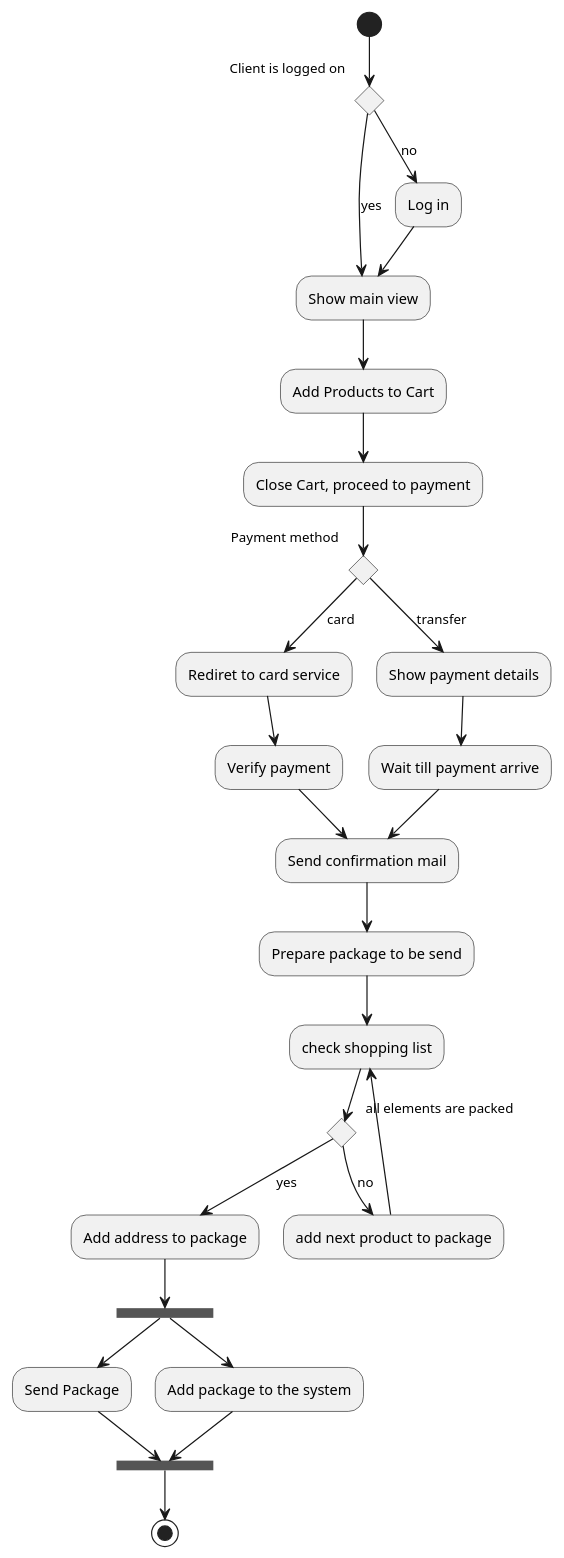
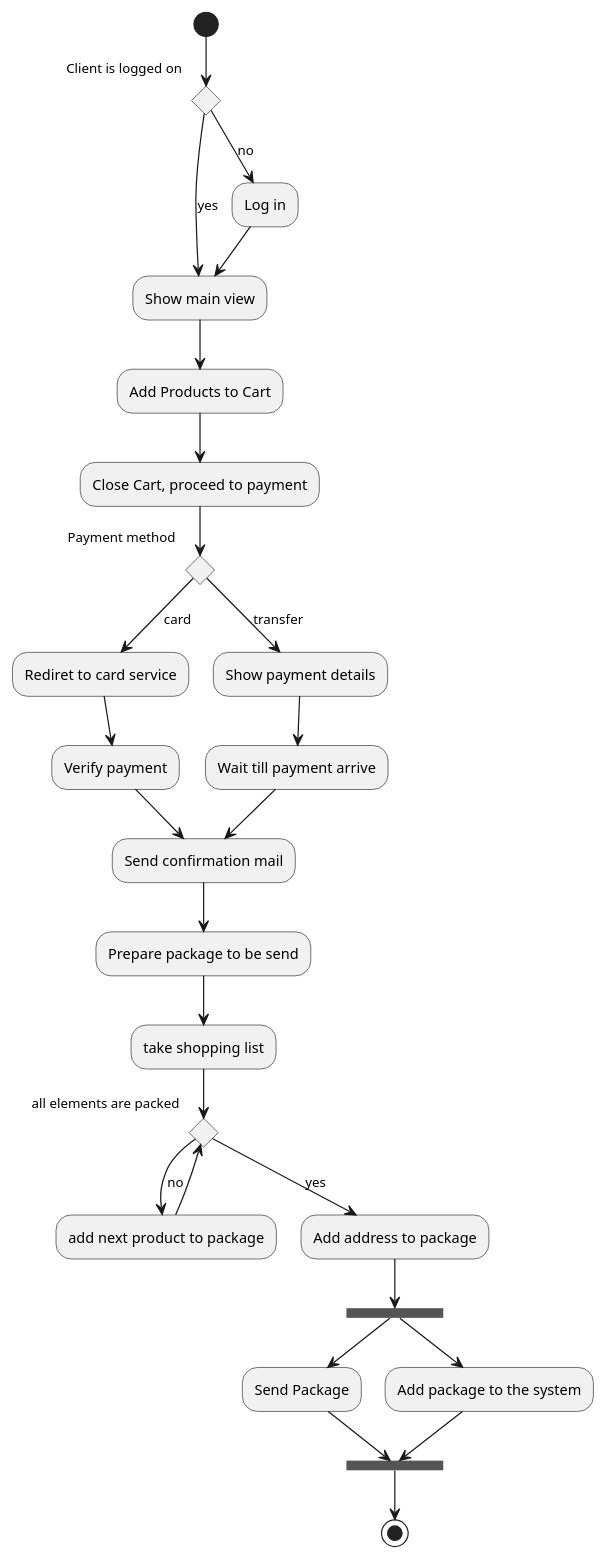
Before and after one commit to kpodlaski/ModelowanieUML_2022: the diagram in GR1/z5.activity_diagram.plantuml, drawn with PlantUML.

Commit message:
small update

```diff
--- a/GR1/z5.activity_diagram.plantuml
+++ b/GR1/z5.activity_diagram.plantuml
@@ -1,35 +1,35 @@
 @startuml
 
 (*) --> if "Client is logged on" then 
         -->[yes] "Show main view"
     else 
         -->[no] "Log in"
         --> "Show main view"
     endif 
     --> "Add Products to Cart"
     --> "Close Cart, proceed to payment"
     --> if "Payment method" then
         -->[card] "Rediret to card service"
         --> Verify payment 
         --> "Send confirmation mail"
         else
         -->[transfer] "Show payment details"
         --> "Wait till payment arrive"
         --> "Send confirmation mail"
     "Send confirmation mail" --> "Prepare package to be send"
-    --> "check shopping list"
-    --> if "all elements are packed"
+    --> "take shopping list"
+    --> if "all elements are packed" as i2 then
         -->[no] "add next product to package"
-        --> "check shopping list"
+        --> i2
         else 
         -->[yes] "Add address to package"
         --> ===A=== 
         --> "Send Package" 
         --> ===A2===
         ===A=== --> "Add package to the system" 
         --> ===A2===
         --> (*)
     
 
 
 @enduml
```
